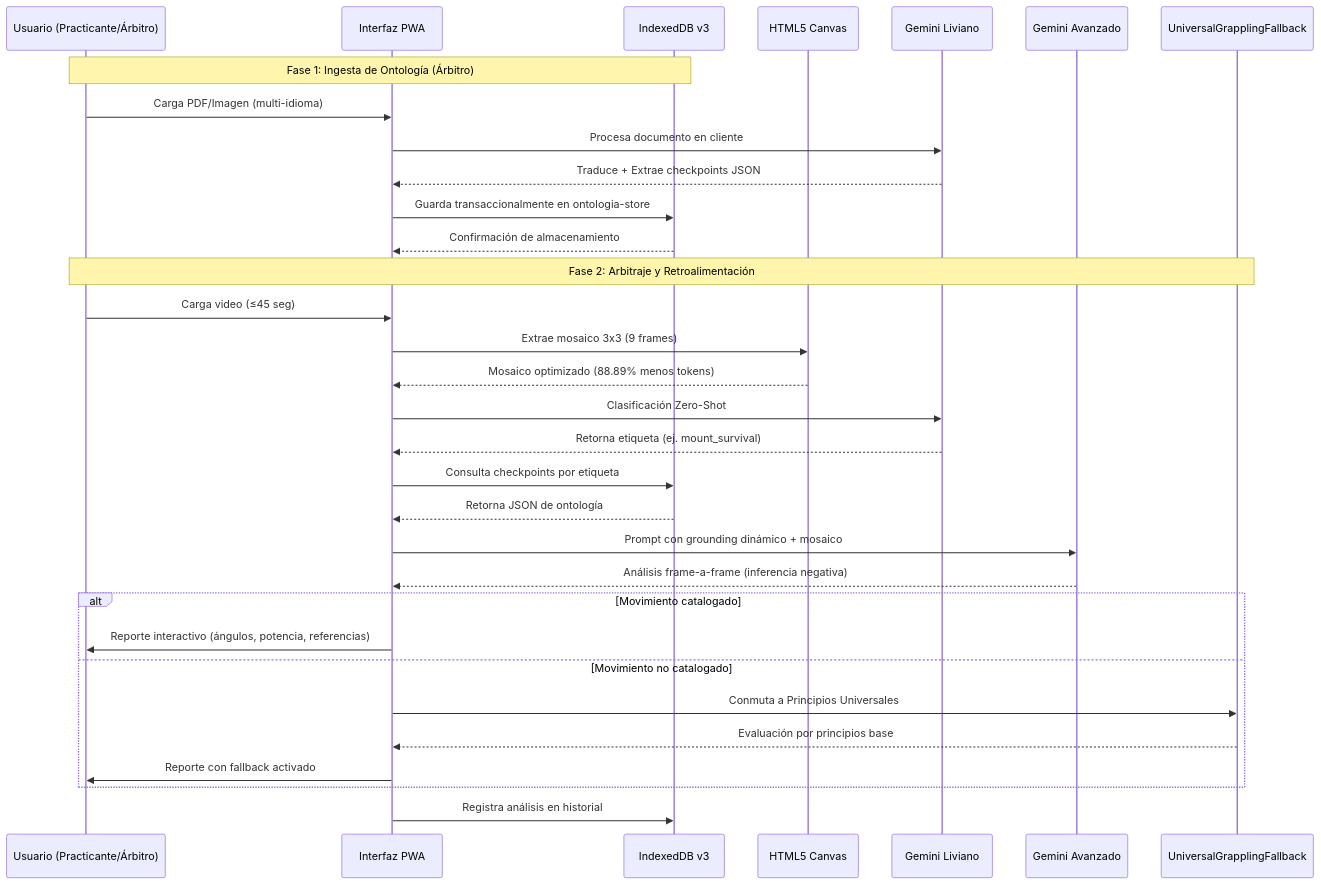
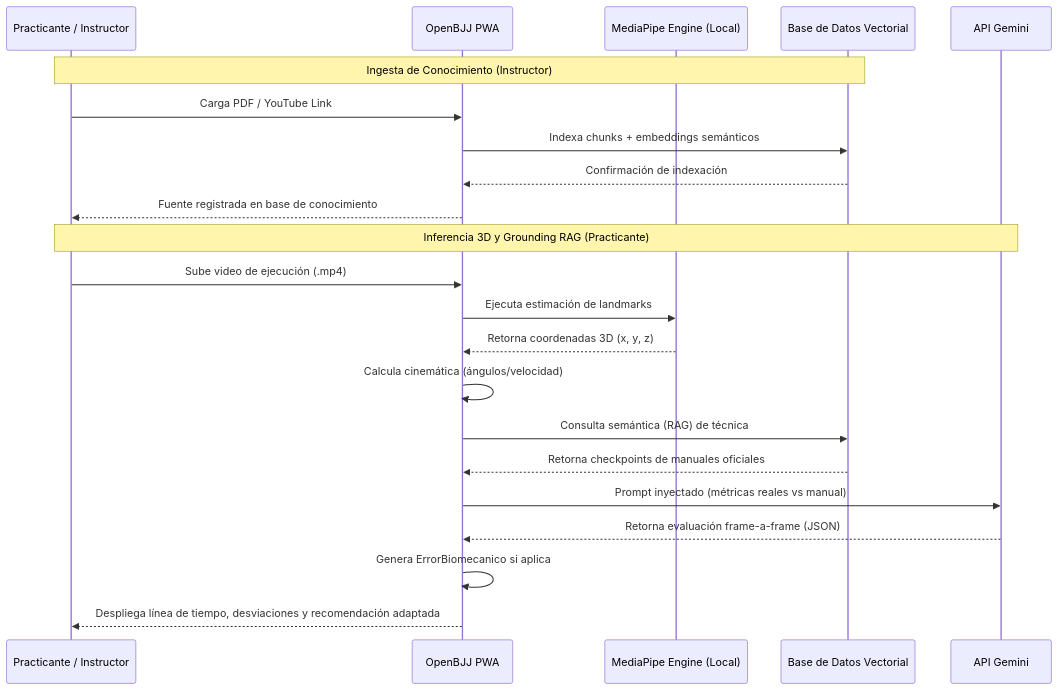
One commit to Tsmrain/Documentacion changed the second of 3 diagrams in README.md. Above: the diagram before and after it, drawn with Mermaid. The commit also changed other lines of this file, not shown here.

Commit message:
refactor: rewrite problem definition, project scope, and justification for the OpenBJJ research documentation

````diff
--- a/README.md
+++ b/README.md
@@ -626,37 +561,26 @@
 ```mermaid
 sequenceDiagram
-    participant U as Usuario (Practicante/Árbitro)
-    participant UI as Interfaz PWA
-    participant DB as IndexedDB v3
-    participant Canvas as HTML5 Canvas
-    participant GM_Lite as Gemini Liviano
-    participant GM_Adv as Gemini Avanzado
-    participant Fallback as UniversalGrapplingFallback
+    participant Usuario as Practicante / Instructor
+    participant Sistema as OpenBJJ PWA
+    participant MediaPipe as MediaPipe Engine (Local)
+    participant VectorDB as Base de Datos Vectorial
+    participant LLM as API Gemini
 
-    Note over U,DB: Fase 1: Ingesta de Ontología (Árbitro)
-    U->>UI: Carga PDF/Imagen (multi-idioma)
-    UI->>GM_Lite: Procesa documento en cliente
-    GM_Lite-->>UI: Traduce + Extrae checkpoints JSON
-    UI->>DB: Guarda transaccionalmente en ontologia-store
-    DB-->>UI: Confirmación de almacenamiento
+    Note over Usuario,VectorDB: Ingesta de Conocimiento (Instructor)
+    Usuario->>Sistema: Carga PDF / YouTube Link
+    Sistema->>VectorDB: Indexa chunks + embeddings semánticos
+    VectorDB-->>Sistema: Confirmación de indexación
+    Sistema-->>Usuario: Fuente registrada en base de conocimiento
 
-    Note over U,Fallback: Fase 2: Arbitraje y Retroalimentación
-    U->>UI: Carga video (≤45 seg)
-    UI->>Canvas: Extrae mosaico 3x3 (9 frames)
-    Canvas-->>UI: Mosaico optimizado (88.89% menos tokens)
-    UI->>GM_Lite: Clasificación Zero-Shot
-    GM_Lite-->>UI: Retorna etiqueta (ej. mount_survival)
-    UI->>DB: Consulta checkpoints por etiqueta
-    DB-->>UI: Retorna JSON de ontología
-    UI->>GM_Adv: Prompt con grounding dinámico + mosaico
-    GM_Adv-->>UI: Análisis frame-a-frame (inferencia negativa)
-    
-    alt Movimiento catalogado
-        UI->>U: Reporte interactivo (ángulos, potencia, referencias)
-    else Movimiento no catalogado
-        UI->>Fallback: Conmuta a Principios Universales
-        Fallback-->>UI: Evaluación por principios base
-        UI->>U: Reporte con fallback activado
-    end
-    UI->>DB: Registra análisis en historial
+    Note over Usuario,LLM: Inferencia 3D y Grounding RAG (Practicante)
+    Usuario->>Sistema: Sube video de ejecución (.mp4)
+    Sistema->>MediaPipe: Ejecuta estimación de landmarks
+    MediaPipe-->>Sistema: Retorna coordenadas 3D (x, y, z)
+    Sistema->>Sistema: Calcula cinemática (ángulos/velocidad)
+    Sistema->>VectorDB: Consulta semántica (RAG) de técnica
+    VectorDB-->>Sistema: Retorna checkpoints de manuales oficiales
+    Sistema->>LLM: Prompt inyectado (métricas reales vs manual)
+    LLM-->>Sistema: Retorna evaluación frame-a-frame (JSON)
+    Sistema->>Sistema: Genera ErrorBiomecanico si aplica
+    Sistema-->>Usuario: Despliega línea de tiempo, desviaciones y recomendación adaptada
 ```
````
